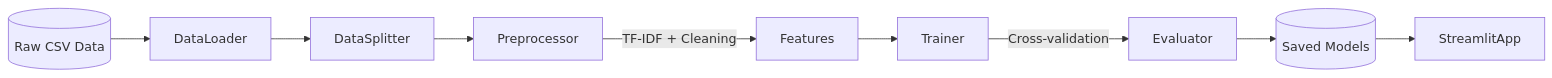
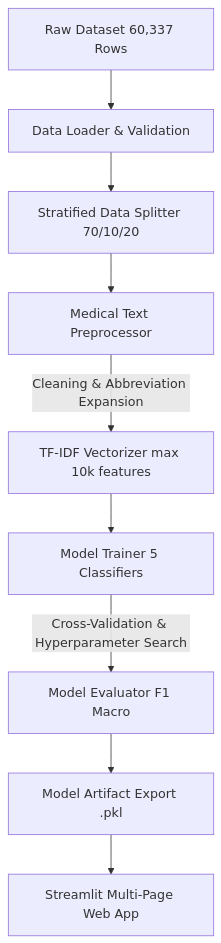
Before and after one commit to sivadst/Clinical-Trial-Disease-Classification: the diagram in README.md, drawn with Mermaid. The commit also changed other lines of this file, not shown here.

````diff
--- a/README.md
+++ b/README.md
@@ -40,11 +85,11 @@
 ```mermaid
-graph LR
-    RawData[(Raw CSV Data)] --> DataLoader
-    DataLoader --> DataSplitter
-    DataSplitter --> Preprocessor
-    Preprocessor --> |TF-IDF + Cleaning| Features
-    Features --> Trainer
-    Trainer --> |Cross-validation| Evaluator
-    Evaluator --> ModelArtifacts[(Saved Models)]
-    ModelArtifacts --> StreamlitApp
+graph TD
+    A[Raw Dataset 60,337 Rows] --> B[Data Loader & Validation]
+    B --> C[Stratified Data Splitter 70/10/20]
+    C --> D[Medical Text Preprocessor]
+    D --> |Cleaning & Abbreviation Expansion| E[TF-IDF Vectorizer max 10k features]
+    E --> F[Model Trainer 5 Classifiers]
+    F --> |Cross-Validation & Hyperparameter Search| G[Model Evaluator F1 Macro]
+    G --> H[Model Artifact Export .pkl]
+    H --> I[Streamlit Multi-Page Web App]
 ```
````
